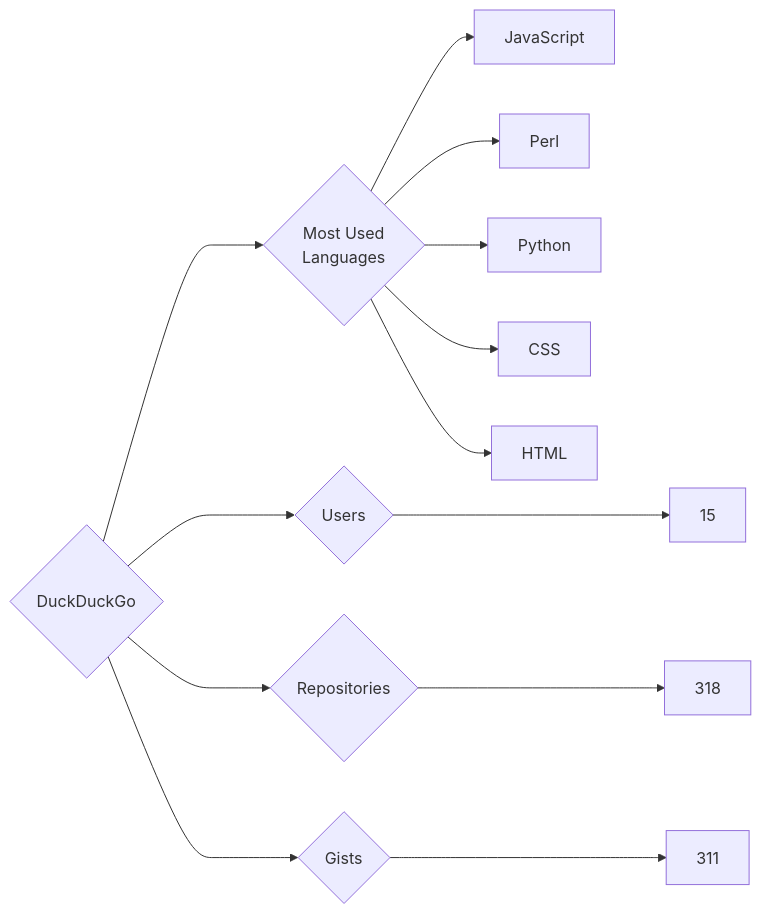
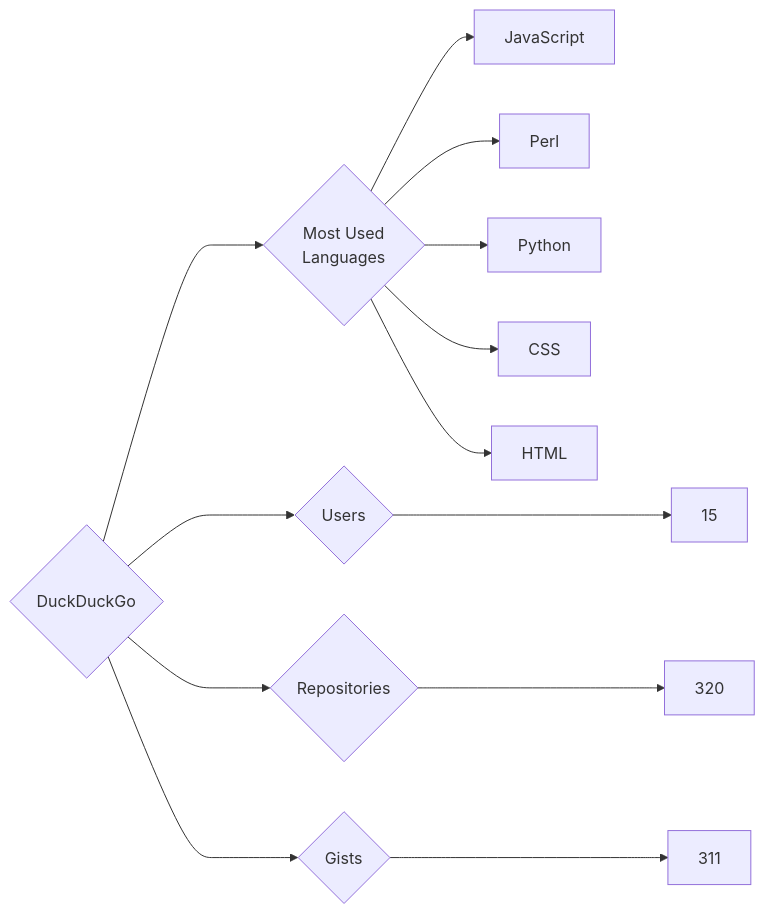
Before and after one commit to trickest/insiders: the diagram in targets/DuckDuckGo/README.md, drawn with Mermaid. The commit also changed 837 other files, not shown here.

````diff
--- a/targets/DuckDuckGo/README.md
+++ b/targets/DuckDuckGo/README.md
@@ -3,13 +3,13 @@
 ```mermaid
 graph LR
 COMPANY_NAME{DuckDuckGo}
 COMPANY_NAME ---> U{Users} ---> UN[15]
-COMPANY_NAME ---> R{Repositories} ---> RN[318]
+COMPANY_NAME ---> R{Repositories} ---> RN[320]
 COMPANY_NAME ---> G{Gists} ---> GN[311]
 COMPANY_NAME ---> ML{Most Used<br>Languages}
 ML --> JavaScript[JavaScript]
 ML --> Perl[Perl]
 ML --> Python[Python]
 ML --> CSS[CSS]
 ML --> HTML[HTML]
 ```
````
